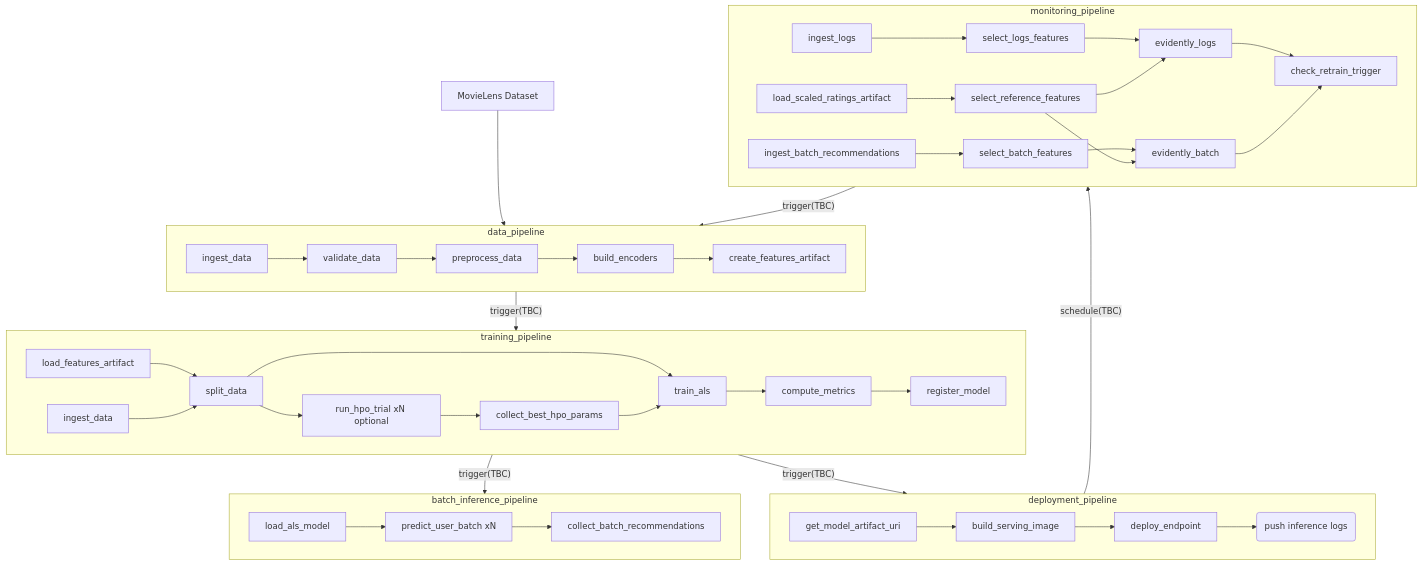
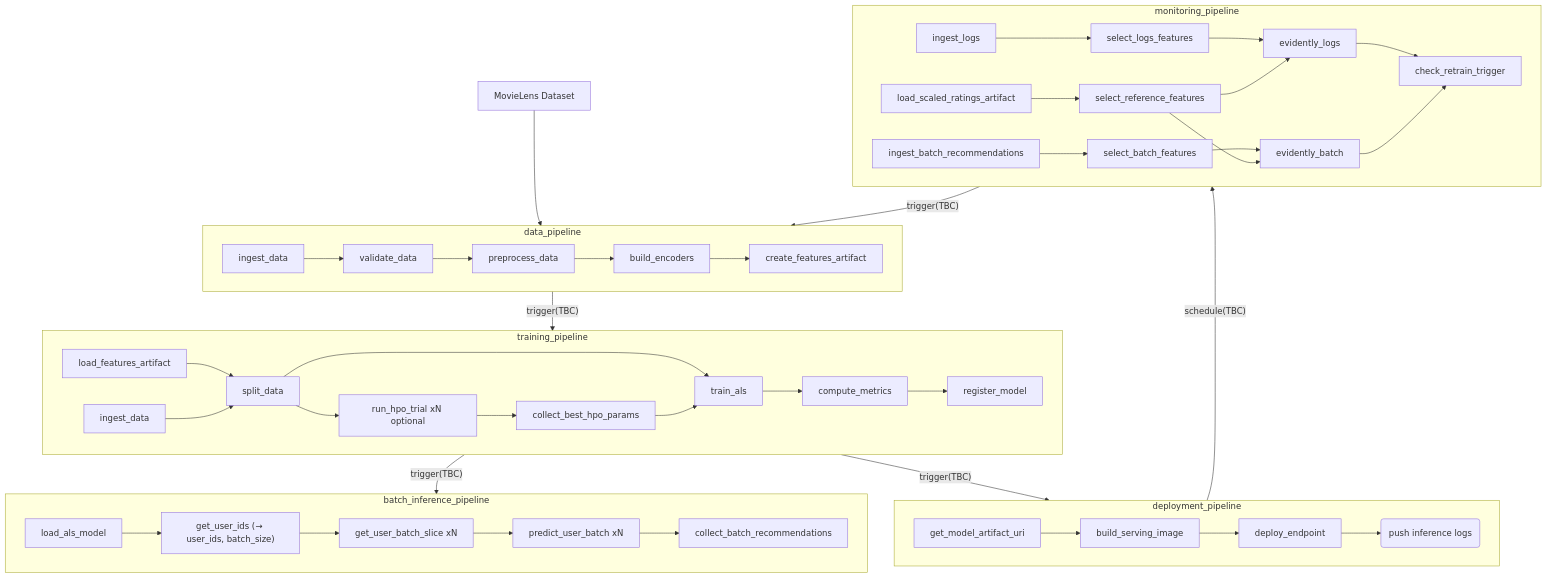
Before and after one commit to sagadana/zenml-mlops: the diagram in .agents/specs/wf_matrix_factorization.md, drawn with Mermaid. The commit also changed 13 other files, not shown here.

````diff
--- a/.agents/specs/wf_matrix_factorization.md
+++ b/.agents/specs/wf_matrix_factorization.md
@@ -19,43 +19,45 @@
 ```mermaid
 graph TD
 
     subgraph D[data_pipeline]
         D1[ingest_data] --> D2[validate_data] --> D2a[preprocess_data] --> D3[build_encoders] --> D4[create_features_artifact]
     end
 
     subgraph T[training_pipeline]
         T0[load_features_artifact] --> T4[split_data]
         T1[ingest_data] --> T4
         T4 --> T5[run_hpo_trial xN optional]
         T5 --> T6[collect_best_hpo_params]
         T4 --> T7[train_als]
         T6 --> T7
         T7 --> T10[compute_metrics] --> T11[register_model]
     end
 
     subgraph BI[batch_inference_pipeline]
-        S1[load_als_model] --> S2[predict_user_batch xN] --> S3[collect_batch_recommendations]
+        S1[load_als_model] --> S1a["get_user_ids (→ user_ids, batch_size)"]
+        S1a --> S2a[get_user_batch_slice xN]
+        S2a --> S2[predict_user_batch xN] --> S3[collect_batch_recommendations]
     end
 
     subgraph DP[deployment_pipeline]
         S4[get_model_artifact_uri] --> S5[build_serving_image] --> S6[deploy_endpoint] --> S6-a(push inference logs)
     end
 
     subgraph M[monitoring_pipeline]
         M1[load_scaled_ratings_artifact] --> M1a[select_reference_features]
         M2[ingest_logs] --> M2a[select_logs_features] --> M3a[evidently_logs]
         M4[ingest_batch_recommendations] --> M4a[select_batch_features] --> M3b[evidently_batch]
         M1a --> M3a
         M1a --> M3b
         M3a --> M5[check_retrain_trigger]
         M3b --> M5
     end
 
     A[MovieLens Dataset] --> D
     D -->|"trigger(TBC)"| T
     T -->|"trigger(TBC)"| BI
     T -->|"trigger(TBC)"| DP
     DP -->|"schedule(TBC)"| M
     M -->|"trigger(TBC)"| D
 
 ```
````
